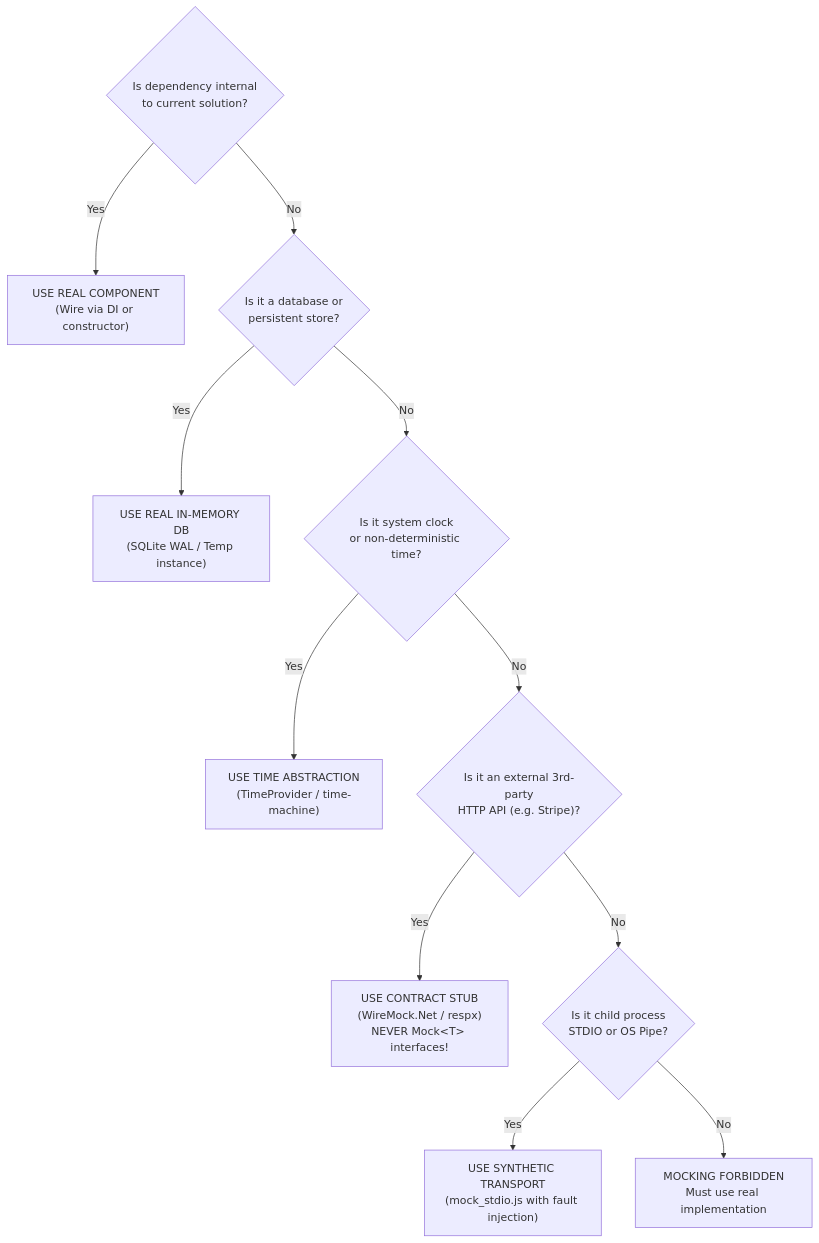
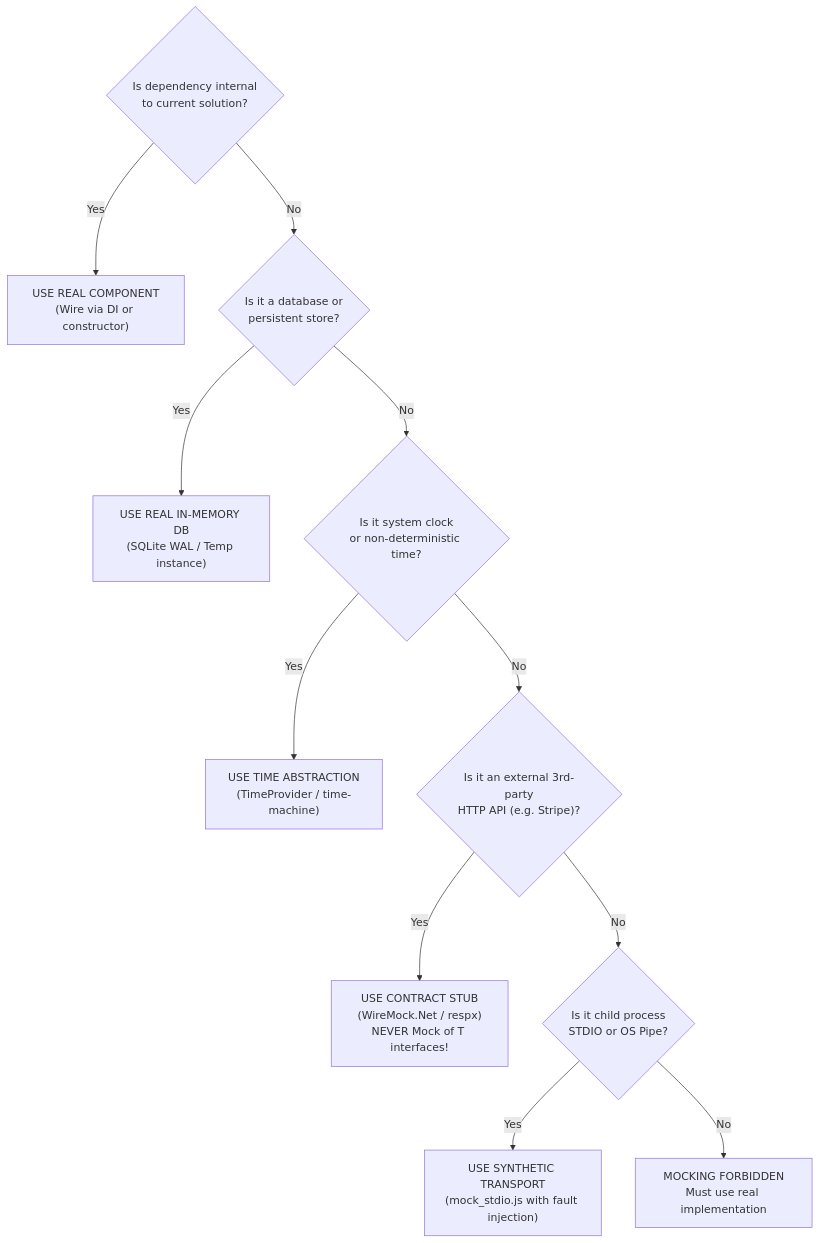
Before and after one commit to spelech/AgenticEngineeringToolbelt: the third of 3 diagrams in docs/superpowers/specs/2026-09-29-anti-test-theatre-guardrails-design.md, drawn with Mermaid. The commit also changed other lines of this file and 30 other files, not shown here.

Commit message:
fix(docs): resolve Mermaid foreignObject text clipping, optimize diagram aspect ratios, and add pan-zoom controller

````diff
--- a/docs/superpowers/specs/2026-09-29-anti-test-theatre-guardrails-design.md
+++ b/docs/superpowers/specs/2026-09-29-anti-test-theatre-guardrails-design.md
@@ -138,18 +140,18 @@
 ```mermaid
 flowchart TD
     Q1{"Is dependency internal<br/>to current solution?"}
     Q1 -- Yes --> UseDI["USE REAL COMPONENT<br/>(Wire via DI or constructor)"]
     Q1 -- No --> Q2{"Is it a database or<br/>persistent store?"}
     
     Q2 -- Yes --> UseDB["USE REAL IN-MEMORY DB<br/>(SQLite WAL / Temp instance)"]
     Q2 -- No --> Q3{"Is it system clock<br/>or non-deterministic time?"}
     
     Q3 -- Yes --> UseTime["USE TIME ABSTRACTION<br/>(TimeProvider / time-machine)"]
     Q3 -- No --> Q4{"Is it an external 3rd-party<br/>HTTP API (e.g. Stripe)?"}
     
-    Q4 -- Yes --> UseWireMock["USE CONTRACT STUB<br/>(WireMock.Net / respx)<br/>NEVER Mock&lt;T&gt; interfaces!"]
+    Q4 -- Yes --> UseWireMock["USE CONTRACT STUB<br/>(WireMock.Net / respx)<br/>NEVER Mock of T interfaces!"]
     Q4 -- No --> Q5{"Is it child process<br/>STDIO or OS Pipe?"}
     
     Q5 -- Yes --> UseSynth["USE SYNTHETIC TRANSPORT<br/>(mock_stdio.js with fault injection)"]
     Q5 -- No --> Banned["MOCKING FORBIDDEN<br/>Must use real implementation"]
 ```
````
